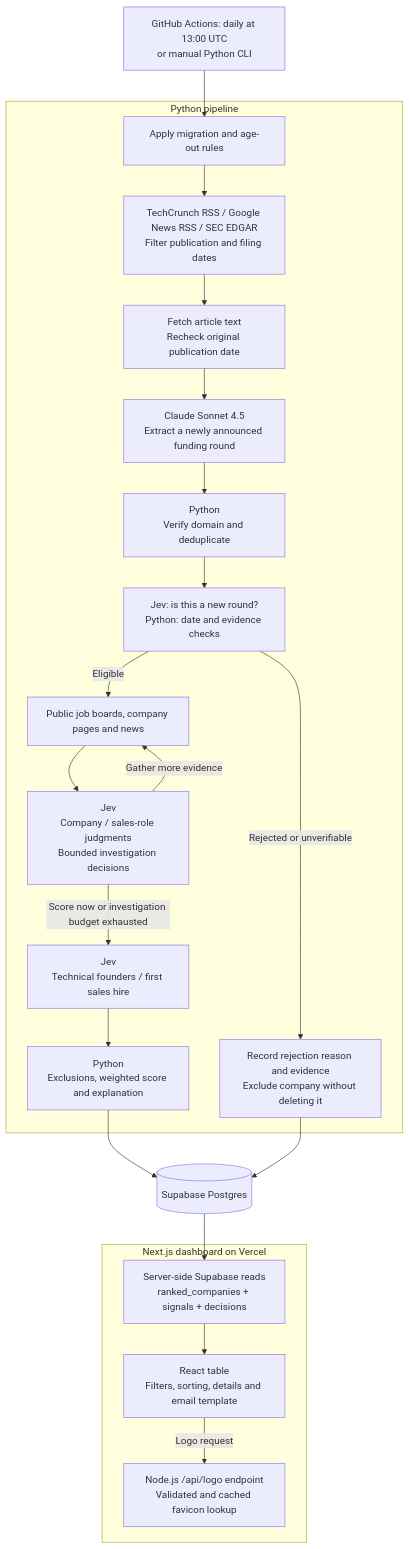
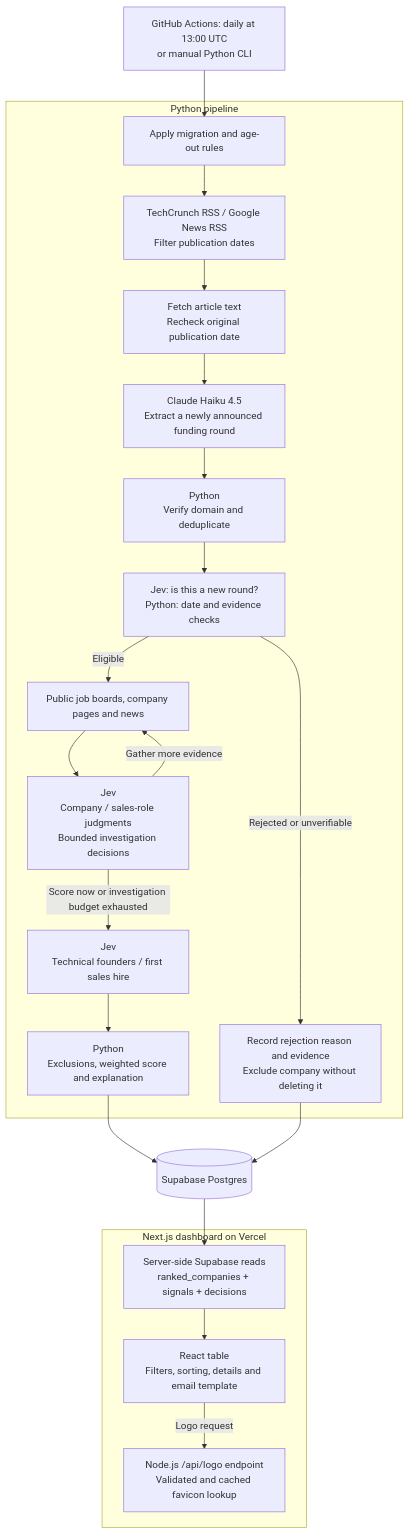
One commit to lucarizzo03/raised changed the diagram in docs/how-it-works.md. Above: the diagram before and after it, drawn with Mermaid. The commit also changed other lines of this file and 10 other files, not shown here.

First line of the commit message:
Extract with Haiku, drop SEC filings, accept late-round labels

````diff
--- a/docs/how-it-works.md
+++ b/docs/how-it-works.md
@@ -20,35 +20,35 @@
 ```mermaid
 flowchart TD
     Schedule["GitHub Actions: daily at 13:00 UTC<br/>or manual Python CLI"]
 
     subgraph Pipeline["Python pipeline"]
         Prepare["Apply migration and age-out rules"]
-        Sources["TechCrunch RSS / Google News RSS / SEC EDGAR<br/>Filter publication and filing dates"]
+        Sources["TechCrunch RSS / Google News RSS<br/>Filter publication dates"]
         Fetch["Fetch article text<br/>Recheck original publication date"]
-        Extract["Claude Sonnet 4.5<br/>Extract a newly announced funding round"]
+        Extract["Claude Haiku 4.5<br/>Extract a newly announced funding round"]
         Identity["Python<br/>Verify domain and deduplicate"]
         Gate["Jev: is this a new round?<br/>Python: date and evidence checks"]
         Enrich["Public job boards, company pages and news"]
         Judge["Jev<br/>Company / sales-role judgments<br/>Bounded investigation decisions"]
         Founders["Jev<br/>Technical founders / first sales hire"]
         Score["Python<br/>Exclusions, weighted score and explanation"]
         Reject["Record rejection reason and evidence<br/>Exclude company without deleting it"]
     end
 
     Schedule --> Prepare --> Sources --> Fetch --> Extract --> Identity --> Gate
     Gate -->|Eligible| Enrich --> Judge
     Judge -->|Gather more evidence| Enrich
     Judge -->|Score now or investigation budget exhausted| Founders --> Score
     Gate -->|Rejected or unverifiable| Reject
     Score --> Database[("Supabase Postgres")]
     Reject --> Database
 
     subgraph Web["Next.js dashboard on Vercel"]
         Read["Server-side Supabase reads<br/>ranked_companies + signals + decisions"]
         Table["React table<br/>Filters, sorting, details and email template"]
         Logos["Node.js /api/logo endpoint<br/>Validated and cached favicon lookup"]
     end
 
     Database --> Read --> Table
     Table -->|Logo request| Logos
 ```
````
